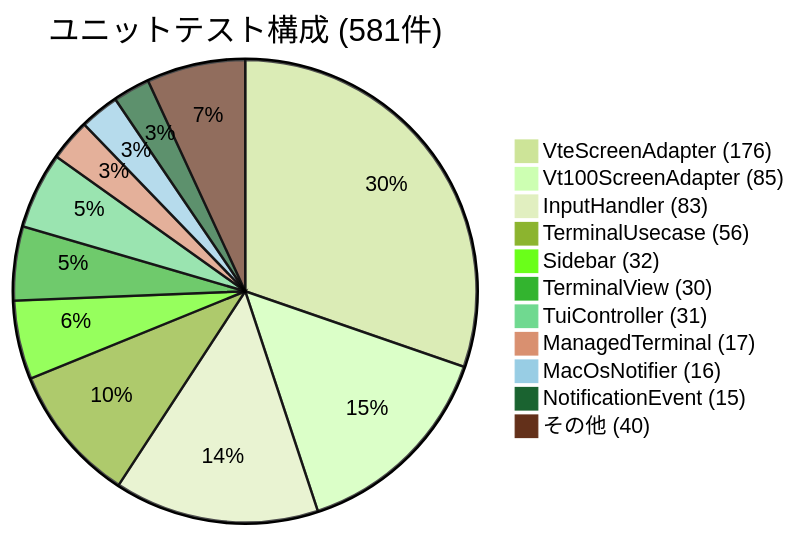
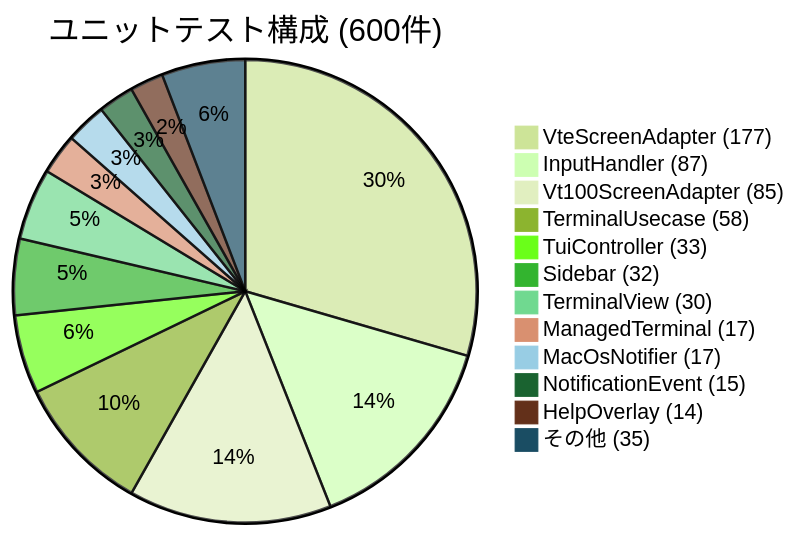
One commit to Kobayashi-takumi/cli-manager changed the sixth of 6 diagrams in README.md. Above: the diagram before and after it, drawn with Mermaid (forest theme). The commit also changed other lines of this file and 6 other files, not shown here.

Commit message:
Add help overlay feature (Phase 12) and update README

````diff
--- a/README.md
+++ b/README.md
@@ -452,14 +461,15 @@
 ```mermaid
-pie title ユニットテスト構成 (581件)
-    "VteScreenAdapter (176)" : 176
+pie title ユニットテスト構成 (600件)
+    "VteScreenAdapter (177)" : 177
+    "InputHandler (87)" : 87
     "Vt100ScreenAdapter (85)" : 85
-    "InputHandler (83)" : 83
-    "TerminalUsecase (56)" : 56
+    "TerminalUsecase (58)" : 58
+    "TuiController (33)" : 33
     "Sidebar (32)" : 32
     "TerminalView (30)" : 30
-    "TuiController (31)" : 31
     "ManagedTerminal (17)" : 17
-    "MacOsNotifier (16)" : 16
+    "MacOsNotifier (17)" : 17
     "NotificationEvent (15)" : 15
-    "その他 (40)" : 40
+    "HelpOverlay (14)" : 14
+    "その他 (35)" : 35
 ```
````
